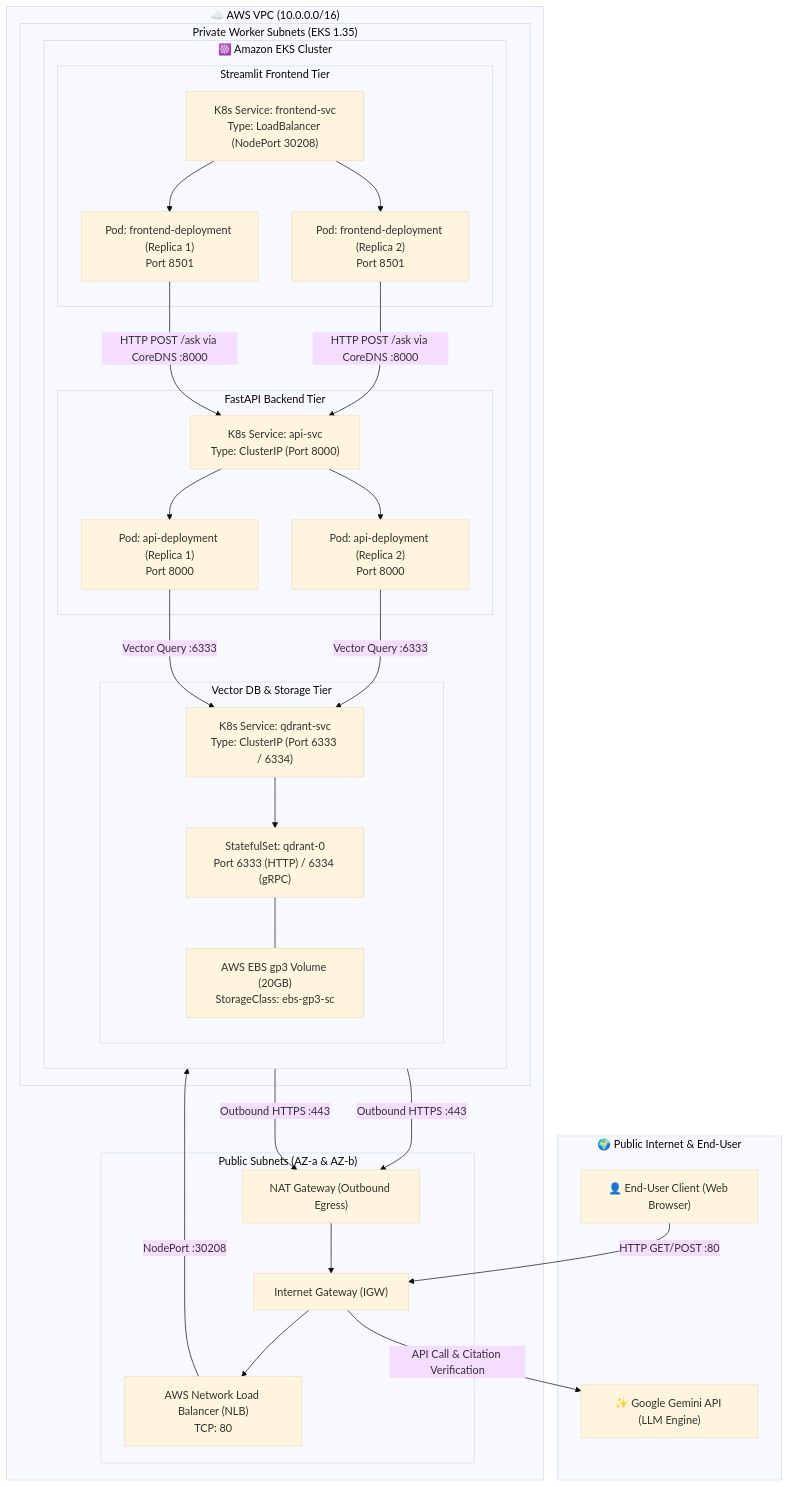
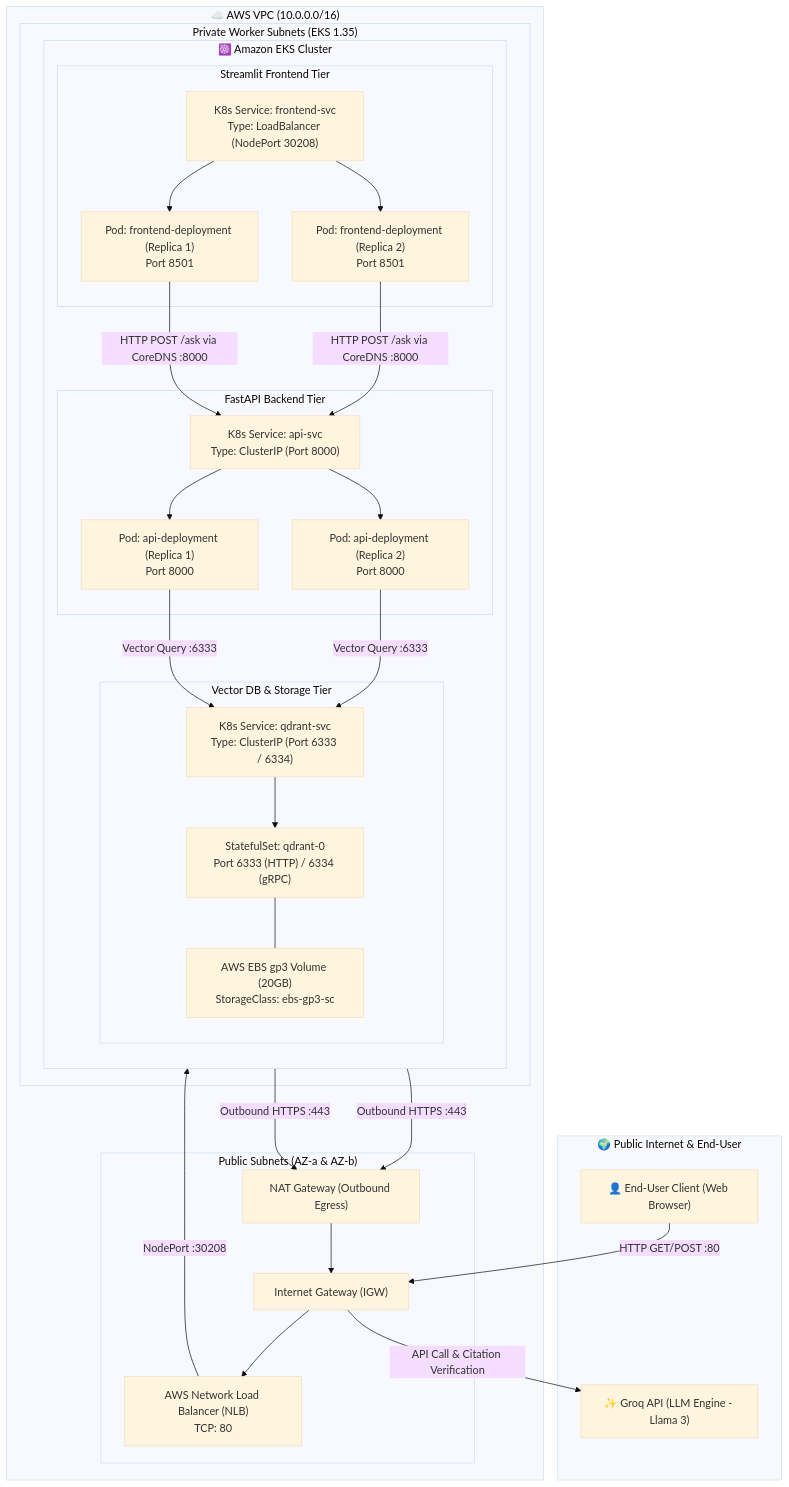
Before and after one commit to shakeer7/aain.ai: the diagram in README.md, drawn with Mermaid (base theme). The commit also changed other lines of this file, not shown here.

Commit message:
docs: update README to reflect Groq migration [skip ci]

````diff
--- a/README.md
+++ b/README.md
@@ -67,59 +67,59 @@
 ```mermaid
 flowchart TD
     subgraph External_Network["🌍 Public Internet & End-User"]
         User["👤 End-User Client (Web Browser)"]
-        GeminiAPI["✨ Google Gemini API (LLM Engine)"]
+        GroqAPI["✨ Groq API (LLM Engine - Llama 3)"]
     end
 
     subgraph AWS_VPC["☁️ AWS VPC (10.0.0.0/16)"]
         subgraph Public_Subnets["Public Subnets (AZ-a & AZ-b)"]
             IGW["Internet Gateway (IGW)"]
             NLB["AWS Network Load Balancer (NLB)<br/>TCP: 80"]
             NAT["NAT Gateway (Outbound Egress)"]
         end
 
         subgraph Private_Subnets["Private Worker Subnets (EKS 1.35)"]
             subgraph K8s_Cluster["☸️ Amazon EKS Cluster"]
                 direction TB
                 
                 subgraph Frontend_Layer["Streamlit Frontend Tier"]
                     FE_SVC["K8s Service: frontend-svc<br/>Type: LoadBalancer (NodePort 30208)"]
                     FE_POD1["Pod: frontend-deployment (Replica 1)<br/>Port 8501"]
                     FE_POD2["Pod: frontend-deployment (Replica 2)<br/>Port 8501"]
                 end
 
                 subgraph Backend_Layer["FastAPI Backend Tier"]
                     API_SVC["K8s Service: api-svc<br/>Type: ClusterIP (Port 8000)"]
                     API_POD1["Pod: api-deployment (Replica 1)<br/>Port 8000"]
                     API_POD2["Pod: api-deployment (Replica 2)<br/>Port 8000"]
                 end
 
                 subgraph Storage_Layer["Vector DB & Storage Tier"]
                     QD_SVC["K8s Service: qdrant-svc<br/>Type: ClusterIP (Port 6333 / 6334)"]
                     QD_POD["StatefulSet: qdrant-0<br/>Port 6333 (HTTP) / 6334 (gRPC)"]
                     EBS["AWS EBS gp3 Volume (20GB)<br/>StorageClass: ebs-gp3-sc"]
                 end
             end
         end
     end
 
     %% External Traffic Ingress
     User -->|HTTP GET/POST :80| IGW
     IGW --> NLB
     NLB -->|NodePort :30208| FE_SVC
     FE_SVC --> FE_POD1 & FE_POD2
 
     %% Internal Microservice Traffic
     FE_POD1 & FE_POD2 -->|HTTP POST /ask via CoreDNS :8000| API_SVC
     API_SVC --> API_POD1 & API_POD2
 
     %% Retrieval & DB Traffic
     API_POD1 & API_POD2 -->|Vector Query :6333| QD_SVC
     QD_SVC --> QD_POD
     QD_POD --- EBS
 
     %% LLM Outbound Egress Traffic
     API_POD1 & API_POD2 -->|Outbound HTTPS :443| NAT
     NAT --> IGW
-    IGW -->|API Call & Citation Verification| GeminiAPI
+    IGW -->|API Call & Citation Verification| GroqAPI
 ```
````
